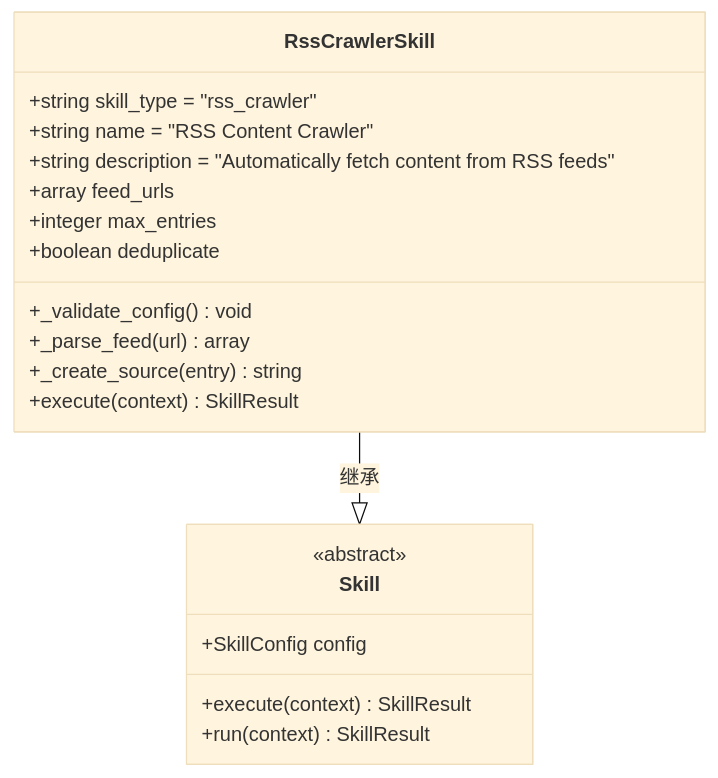
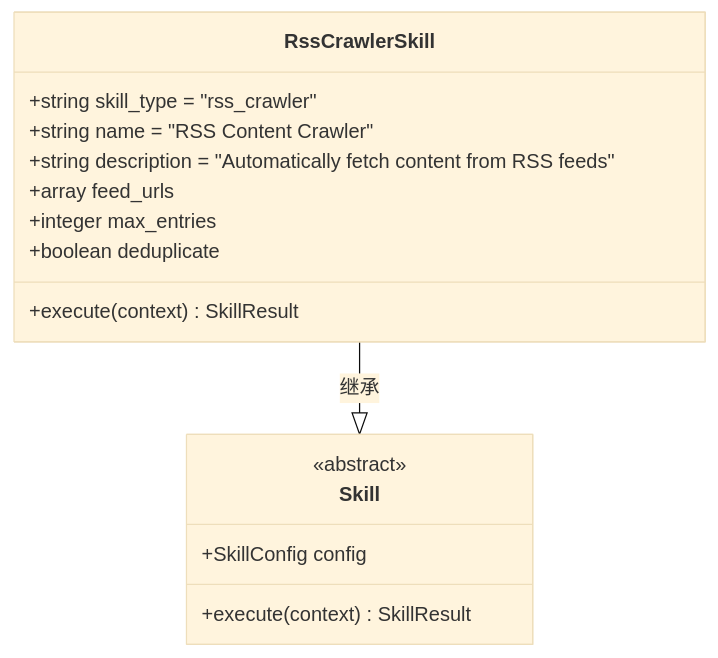
The eighth of 12 diagrams in .qoder/repowiki/zh/content/前端架构/技能管理前端页面.md (jackeyunjie/open-notebook), drawn with Mermaid (base theme) before and after one commit. The commit also changed other lines of this file and 24 other files, not shown here.

````diff
--- a/.qoder/repowiki/zh/content/前端架构/技能管理前端页面.md
+++ b/.qoder/repowiki/zh/content/前端架构/技能管理前端页面.md
@@ -276,22 +418,18 @@
 ```mermaid
 classDiagram
 class RssCrawlerSkill {
 +string skill_type = "rss_crawler"
 +string name = "RSS Content Crawler"
 +string description = "Automatically fetch content from RSS feeds"
 +array feed_urls
 +integer max_entries
 +boolean deduplicate
-+_validate_config() void
-+_parse_feed(url) array
-+_create_source(entry) string
 +execute(context) SkillResult
 }
 class Skill {
 <<abstract>>
 +SkillConfig config
 +execute(context) SkillResult
-+run(context) SkillResult
 }
 RssCrawlerSkill --|> Skill : 继承
 ```
````
